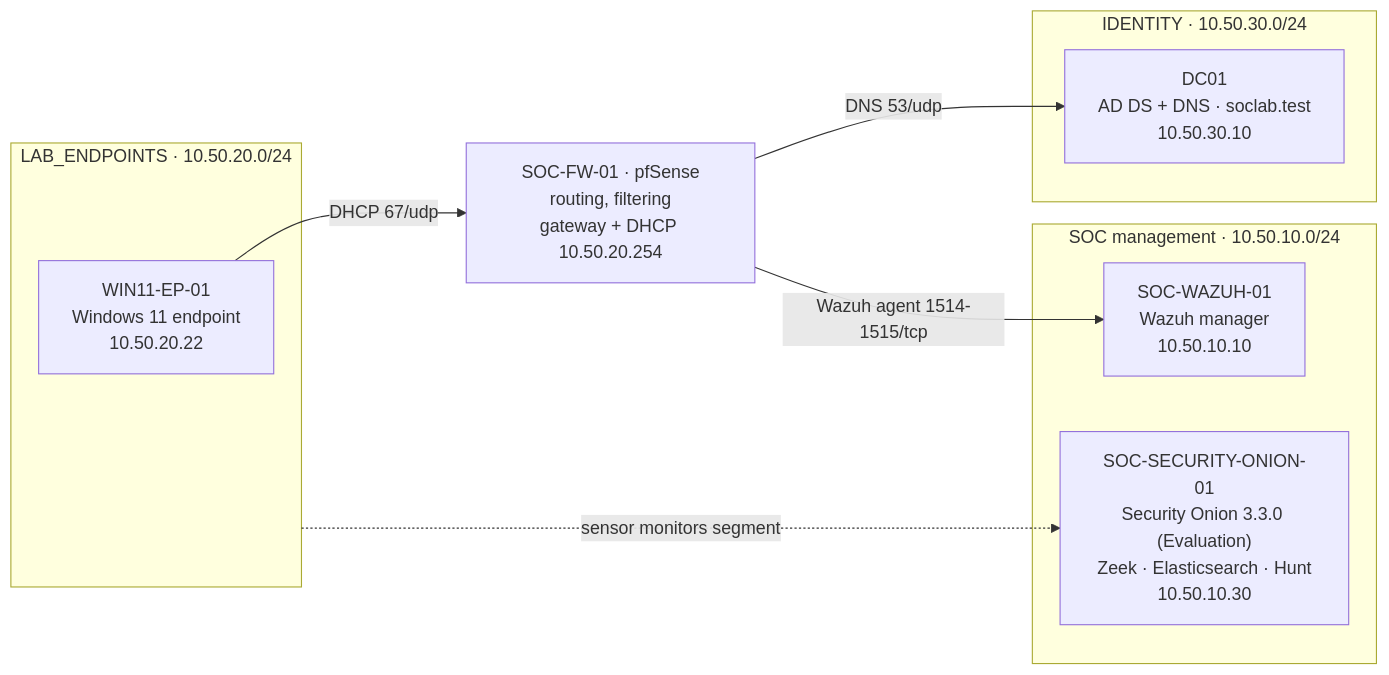
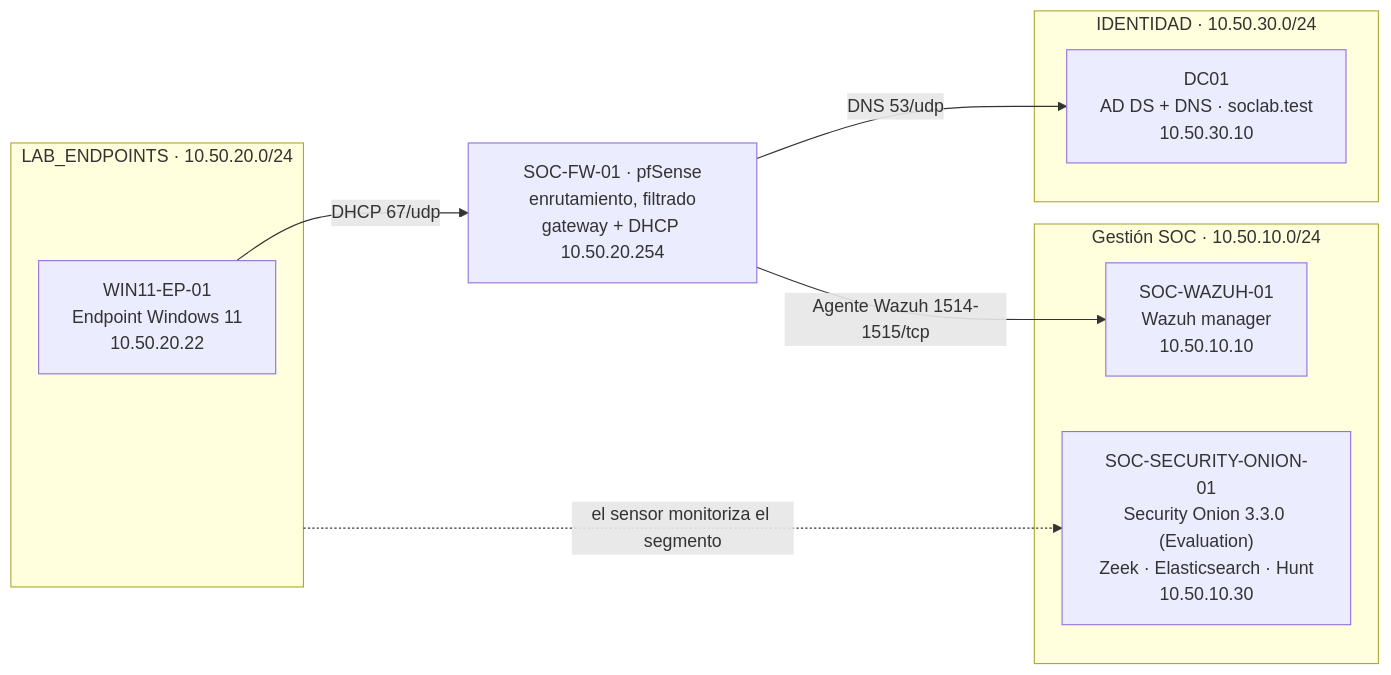
The diagram in README.md (CarlosGutierrezR/soc-threat-hunting-zeek), drawn with Mermaid before and after one commit. The commit also changed other lines of this file, not shown here.

````diff
--- a/README.md
+++ b/README.md
@@ -57,19 +59,19 @@
 ```mermaid
 flowchart LR
     subgraph EP["LAB_ENDPOINTS · 10.50.20.0/24"]
-        W11["WIN11-EP-01<br/>Windows 11 endpoint<br/>10.50.20.22"]
+        W11["WIN11-EP-01<br/>Endpoint Windows 11<br/>10.50.20.22"]
     end
-    FW["SOC-FW-01 · pfSense<br/>routing, filtering<br/>gateway + DHCP 10.50.20.254"]
-    subgraph ID["IDENTITY · 10.50.30.0/24"]
+    FW["SOC-FW-01 · pfSense<br/>enrutamiento, filtrado<br/>gateway + DHCP 10.50.20.254"]
+    subgraph ID["IDENTIDAD · 10.50.30.0/24"]
         DC["DC01<br/>AD DS + DNS · soclab.test<br/>10.50.30.10"]
     end
-    subgraph MGMT["SOC management · 10.50.10.0/24"]
+    subgraph MGMT["Gestión SOC · 10.50.10.0/24"]
         WZ["SOC-WAZUH-01<br/>Wazuh manager<br/>10.50.10.10"]
         SO["SOC-SECURITY-ONION-01<br/>Security Onion 3.3.0 (Evaluation)<br/>Zeek · Elasticsearch · Hunt<br/>10.50.10.30"]
     end
 
     W11 -- "DHCP 67/udp" --> FW
     FW -- "DNS 53/udp" --> DC
-    FW -- "Wazuh agent 1514-1515/tcp" --> WZ
-    EP -. "sensor monitors segment" .-> SO
+    FW -- "Agente Wazuh 1514-1515/tcp" --> WZ
+    EP -. "el sensor monitoriza el segmento" .-> SO
 ```
````
